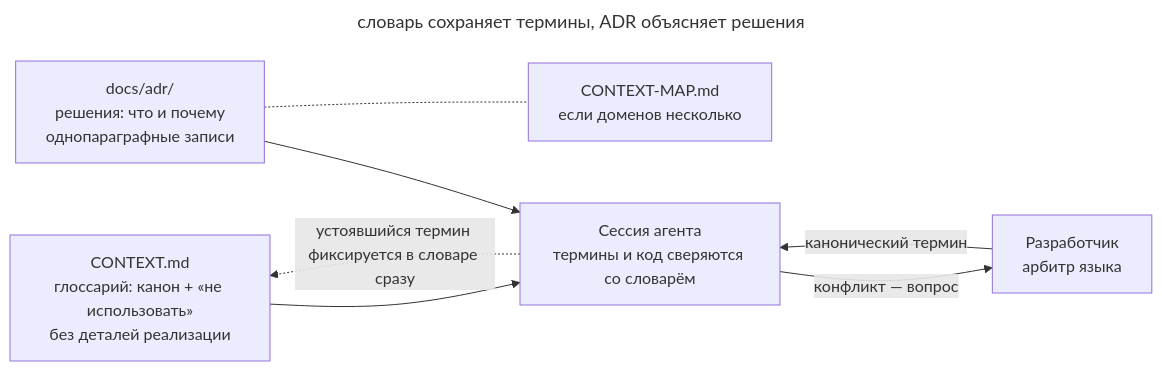
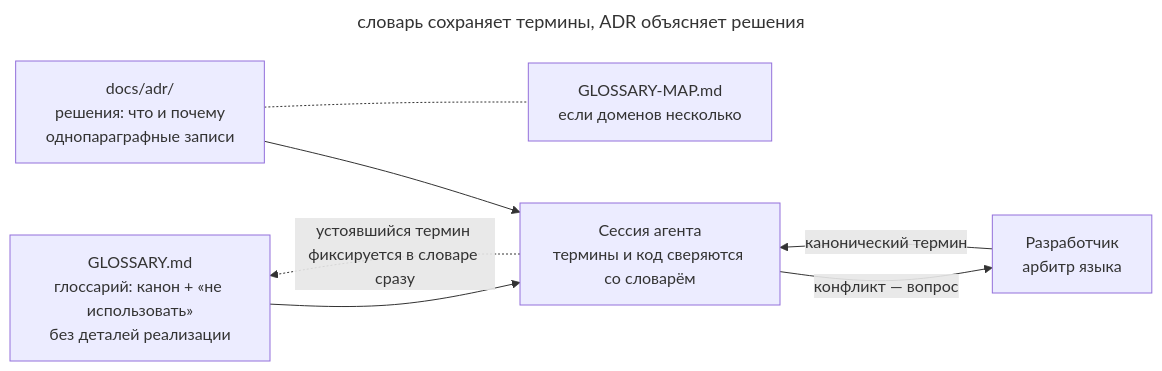
One commit to mokevnin/agentic-coding-design-patterns changed the diagram in book/ru/domain-context-file.md. Above: the diagram before and after it, drawn with Mermaid. The commit also changed other lines of this file and 78 other files, not shown here.

````diff
--- a/book/ru/domain-context-file.md
+++ b/book/ru/domain-context-file.md
@@ -47,17 +47,17 @@
 ```mermaid
 ---
 title: словарь сохраняет термины, ADR объясняет решения
 ---
 flowchart LR
-  glossary["CONTEXT.md<br/>глоссарий: канон + «не использовать»<br/>без деталей реализации"]:::accent
+  glossary["GLOSSARY.md<br/>глоссарий: канон + «не использовать»<br/>без деталей реализации"]:::accent
   adr["docs/adr/<br/>решения: что и почему<br/>однопараграфные записи"]
-  map["CONTEXT-MAP.md<br/>если доменов несколько"]:::muted
+  map["GLOSSARY-MAP.md<br/>если доменов несколько"]:::muted
   session["Сессия агента<br/>термины и код сверяются со словарём"]
   dev["Разработчик<br/>арбитр языка"]:::accent
   glossary --> session
   adr --> session
   adr -.- map
   session -- "конфликт — вопрос" --> dev
   dev -- "канонический термин" --> session
   session -. "устоявшийся термин фиксируется в словаре сразу" .-> glossary
 ```
````
